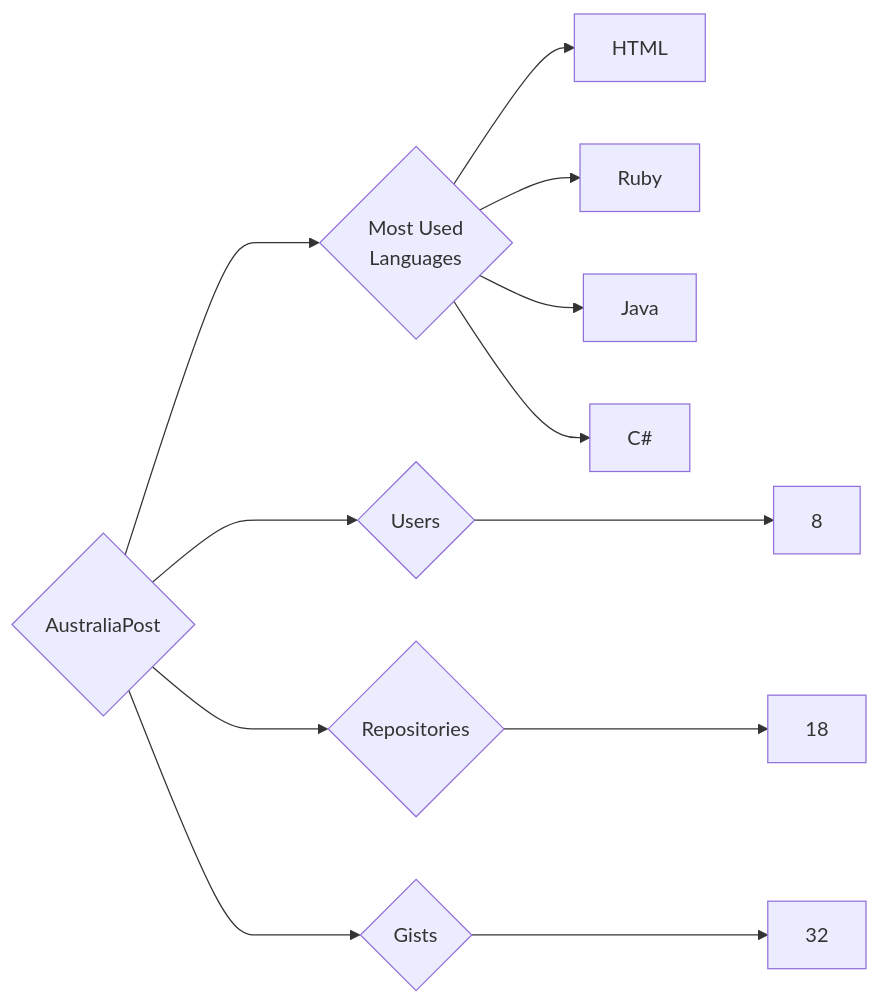
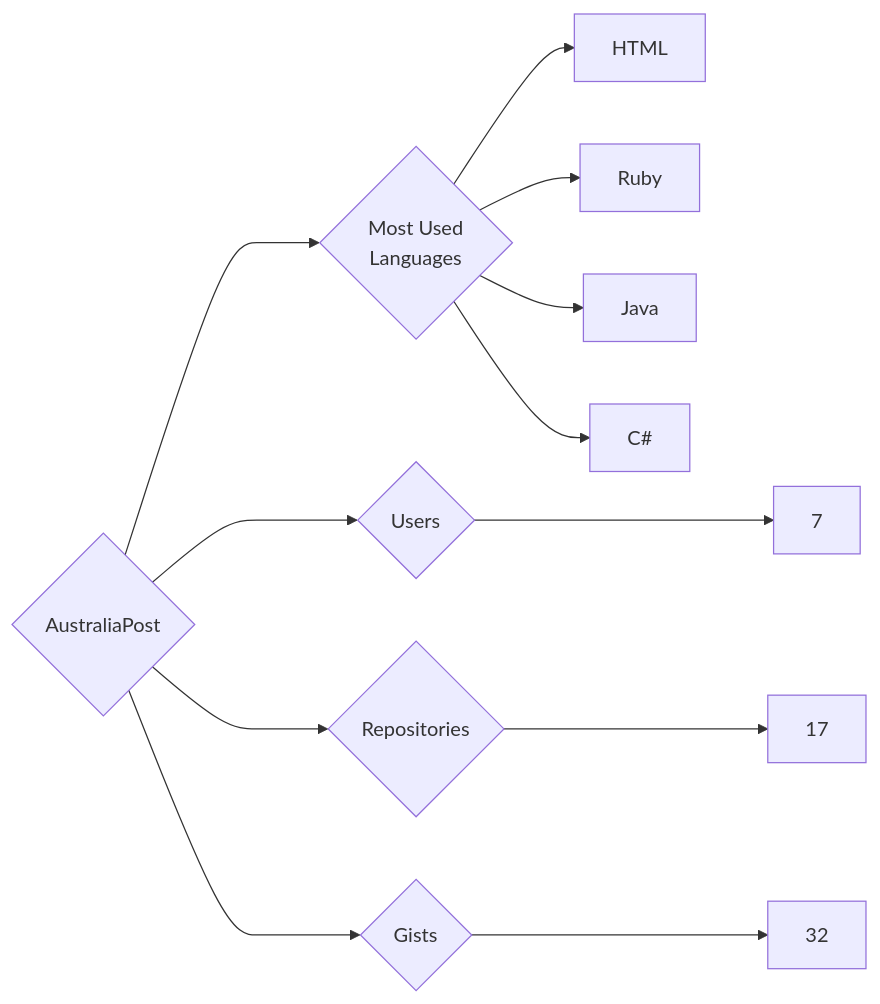
The diagram in targets/AustraliaPost/README.md (trickest/insiders), drawn with Mermaid before and after one commit. The commit also changed 559 other files, not shown here.

````diff
--- a/targets/AustraliaPost/README.md
+++ b/targets/AustraliaPost/README.md
@@ -3,12 +3,12 @@
 ```mermaid
 graph LR
 COMPANY_NAME{AustraliaPost}
-COMPANY_NAME ---> U{Users} ---> UN[8]
-COMPANY_NAME ---> R{Repositories} ---> RN[18]
+COMPANY_NAME ---> U{Users} ---> UN[7]
+COMPANY_NAME ---> R{Repositories} ---> RN[17]
 COMPANY_NAME ---> G{Gists} ---> GN[32]
 COMPANY_NAME ---> ML{Most Used<br>Languages}
 ML --> HTML[HTML]
 ML --> Ruby[Ruby]
 ML --> Java[Java]
 ML --> C#[C#]
 ```
````
